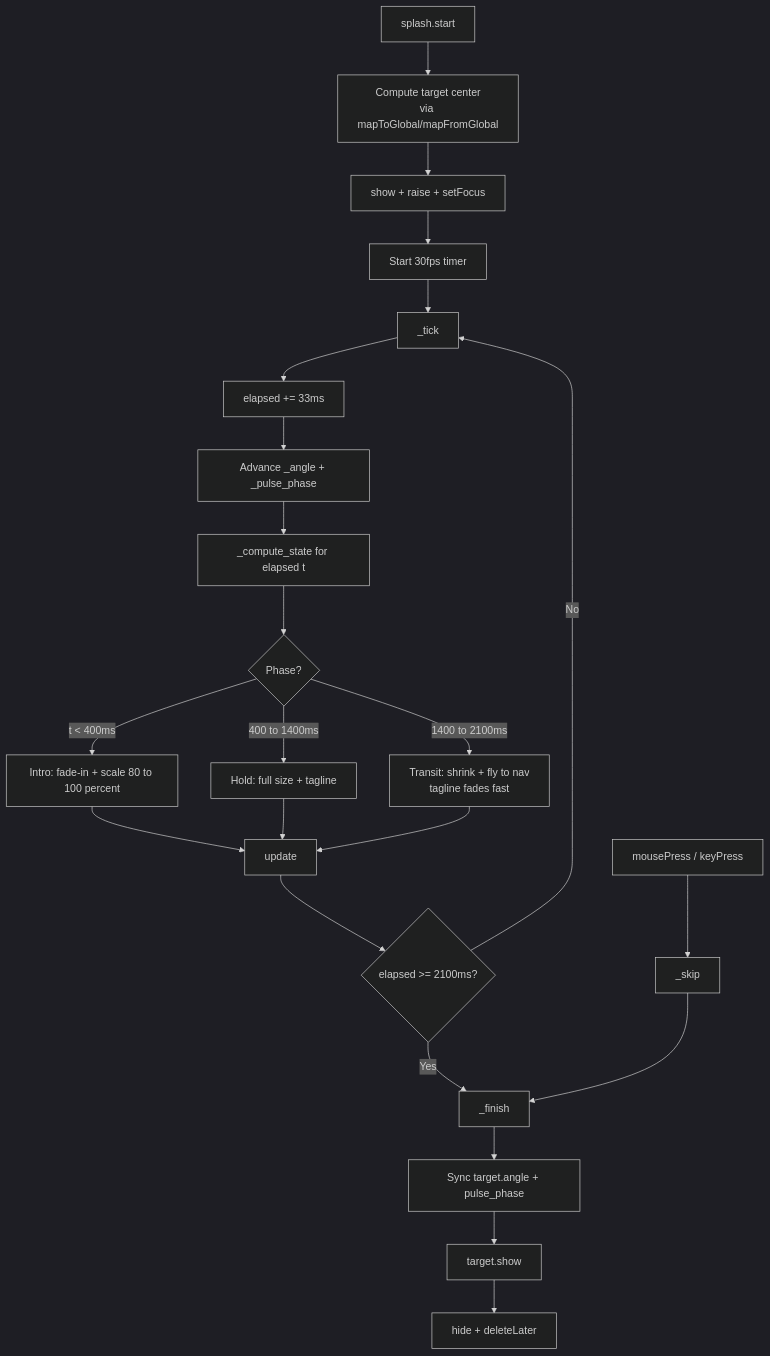
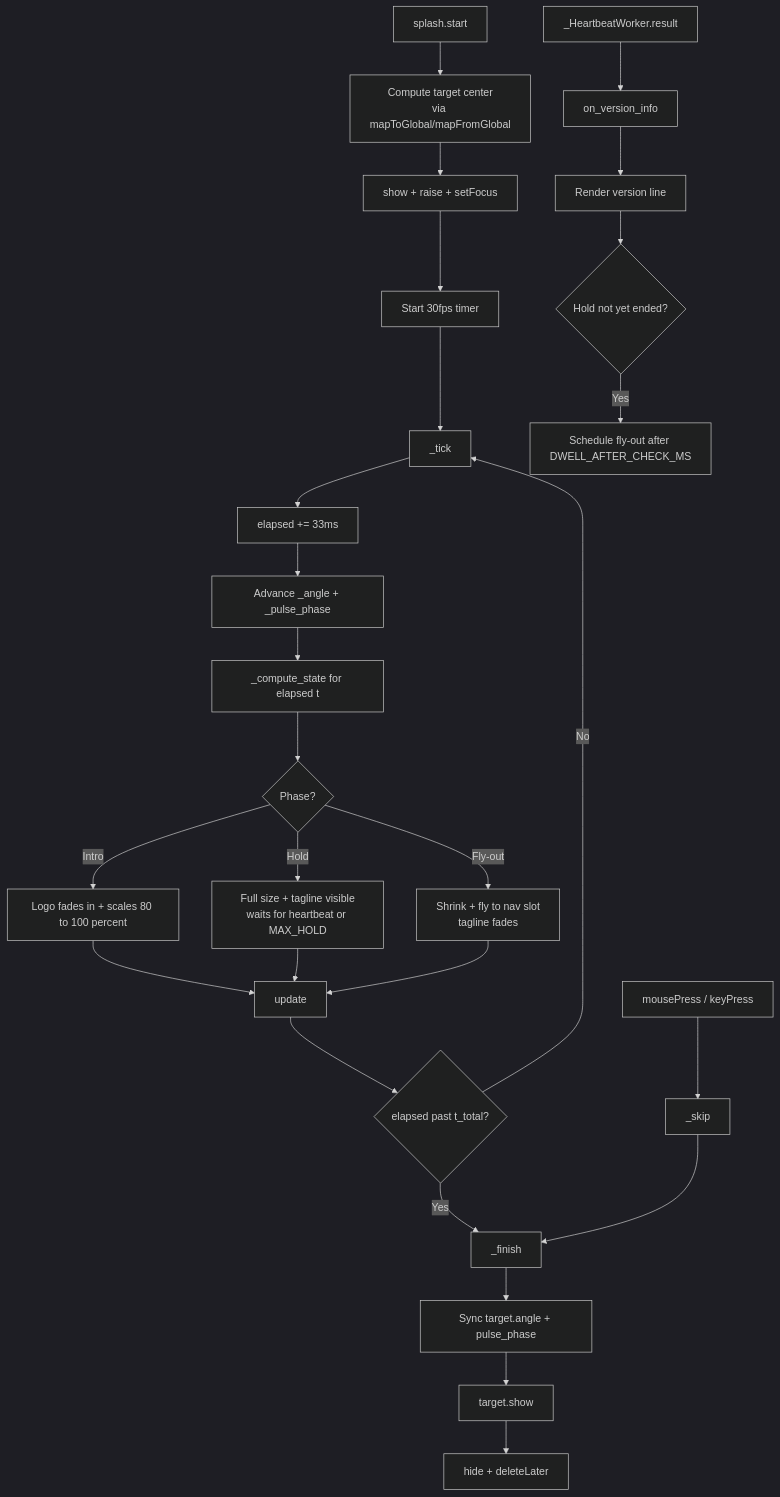
One commit to Mr-Robotiko/Gilfi changed the fourth of 5 diagrams in src/frontend/README.md. Above: the diagram before and after it, drawn with Mermaid (dark theme). The commit also changed other lines of this file and 36 other files, not shown here.

````diff
--- a/src/frontend/README.md
+++ b/src/frontend/README.md
@@ -358,25 +462,31 @@
 ```mermaid
 flowchart TD
     A[splash.start] --> B[Compute target center<br/>via mapToGlobal/mapFromGlobal]
     B --> C[show + raise + setFocus]
     C --> D[Start 30fps timer]
     D --> E[_tick]
     E --> F[elapsed += 33ms]
     F --> G[Advance _angle + _pulse_phase]
     G --> H[_compute_state for elapsed t]
     H --> I{Phase?}
-    I -- "t < 400ms" --> J[Intro: fade-in + scale 80 to 100 percent]
-    I -- "400 to 1400ms" --> K[Hold: full size + tagline]
-    I -- "1400 to 2100ms" --> L[Transit: shrink + fly to nav<br/>tagline fades fast]
+    I -- "Intro" --> J[Logo fades in + scales 80 to 100 percent]
+    I -- "Hold" --> K[Full size + tagline visible<br/>waits for heartbeat or MAX_HOLD]
+    I -- "Fly-out" --> L[Shrink + fly to nav slot<br/>tagline fades]
     J & K & L --> M[update]
-    M --> N{elapsed >= 2100ms?}
+    M --> N{elapsed past t_total?}
     N -- No --> E
     N -- Yes --> O[_finish]
     O --> P[Sync target.angle + pulse_phase]
     P --> Q[target.show]
     Q --> R[hide + deleteLater]
 
+    %% Heartbeat path
+    HB[_HeartbeatWorker.result] --> HC[on_version_info]
+    HC --> HD[Render version line]
+    HD --> HE{Hold not yet ended?}
+    HE -- Yes --> HF[Schedule fly-out after DWELL_AFTER_CHECK_MS]
+
     %% Skip path
     S[mousePress / keyPress] --> T[_skip]
     T --> O
 ```
````
